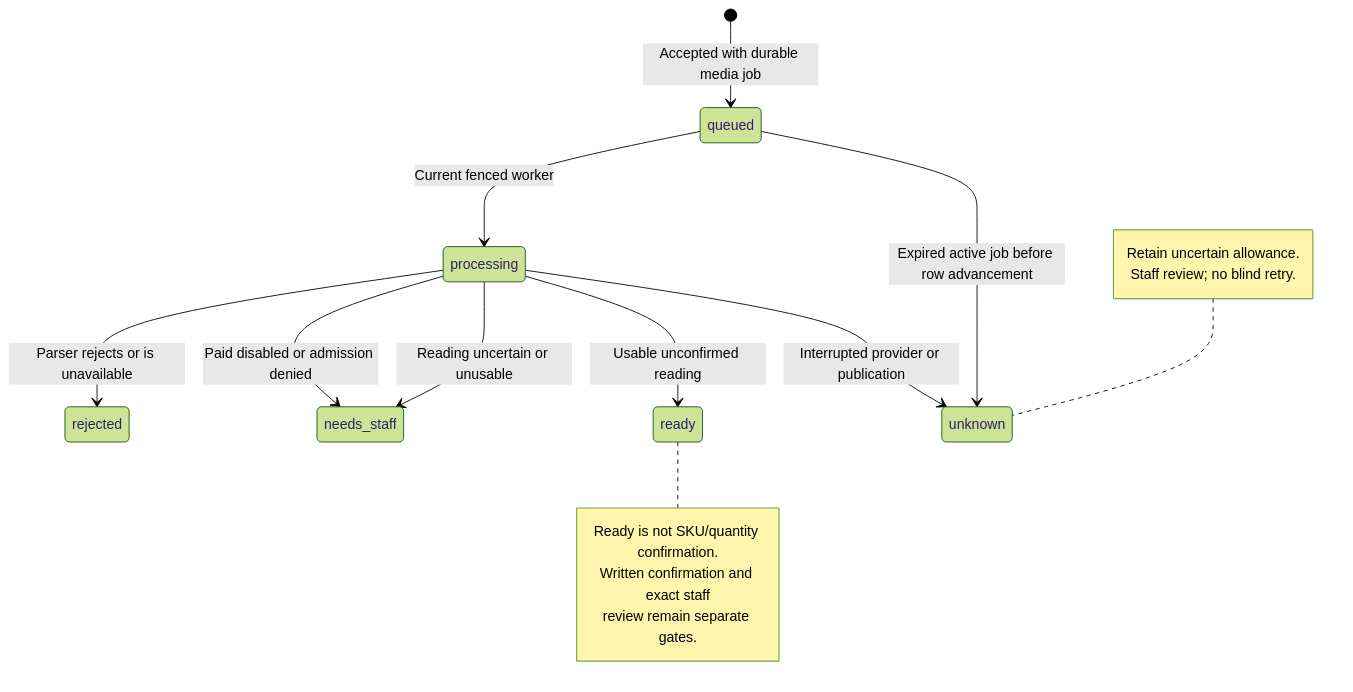
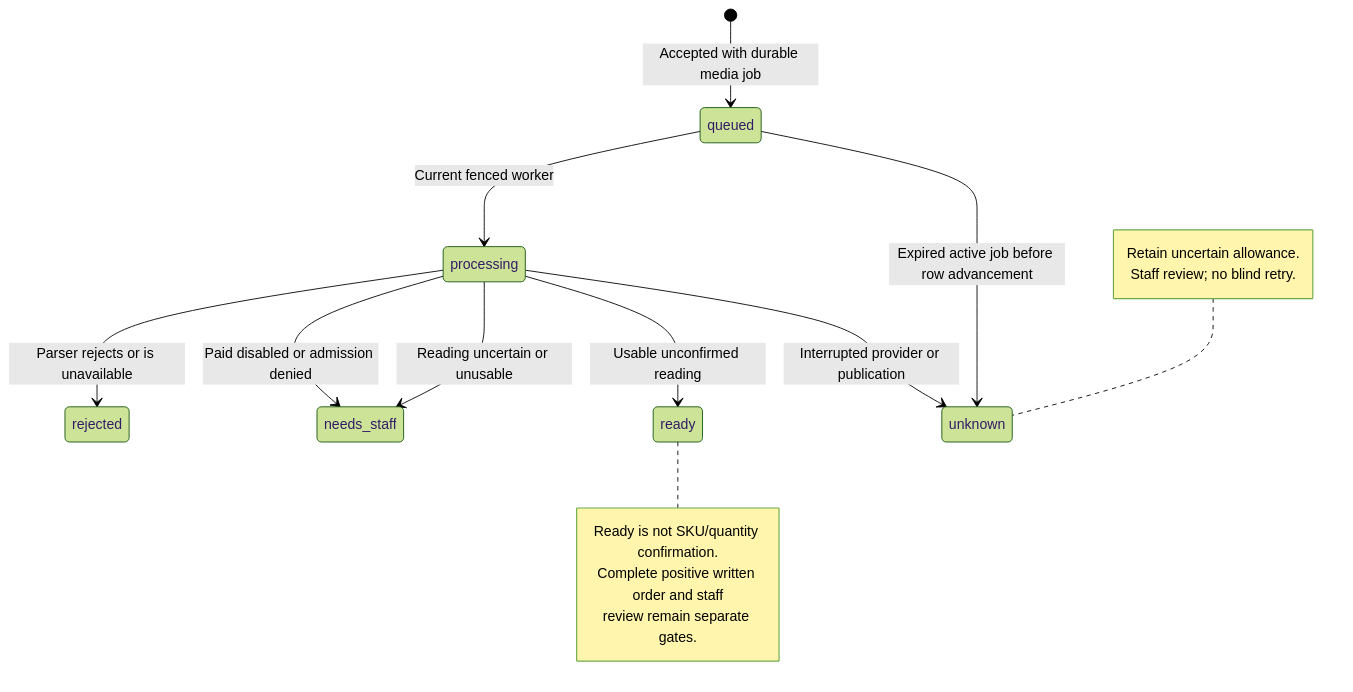
Before and after one commit to Nagdy8888/lumaquote: the diagram in docs/diagrams/media-lifecycle.mmd, drawn with Mermaid (forest theme). The commit also changed 22 other files, not shown here.

First line of the commit message:
fix: require complete current written orders before agent drafting

```diff
--- a/docs/diagrams/media-lifecycle.mmd
+++ b/docs/diagrams/media-lifecycle.mmd
@@ -1,20 +1,20 @@
 stateDiagram-v2
   accTitle: Attachment processing states and human confirmation boundary
   accDescr: Accepted local media is queued, processed and normalized privately. Disabled or uncertain inference needs staff. A ready transcript or label is still unconfirmed. Interrupted active work becomes unknown rather than being replayed.
   [*] --> queued: Accepted with durable media job
   queued --> processing: Current fenced worker
   processing --> rejected: Parser rejects or is unavailable
   processing --> needs_staff: Paid disabled or admission denied
   processing --> needs_staff: Reading uncertain or unusable
   processing --> ready: Usable unconfirmed reading
   processing --> unknown: Interrupted provider or publication
   queued --> unknown: Expired active job before row advancement
   note right of ready
     Ready is not SKU/quantity confirmation.
-    Written confirmation and exact staff
+    Complete positive written order and staff
     review remain separate gates.
   end note
   note left of unknown
     Retain uncertain allowance.
     Staff review; no blind retry.
   end note
```
